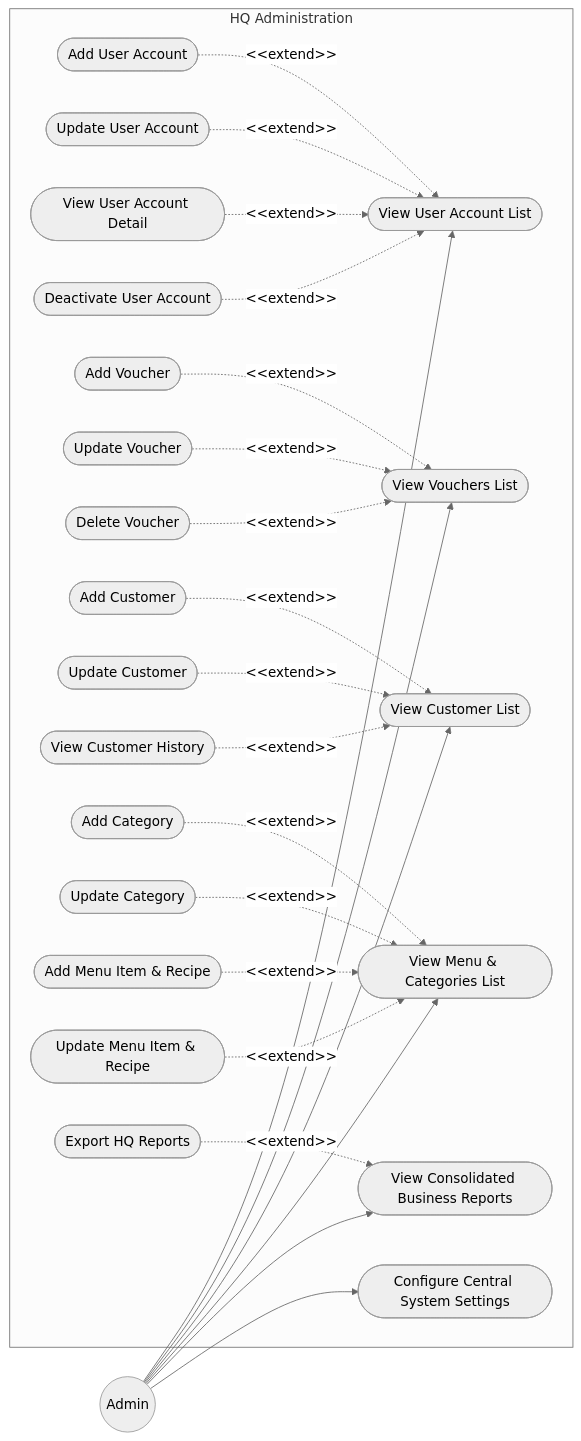
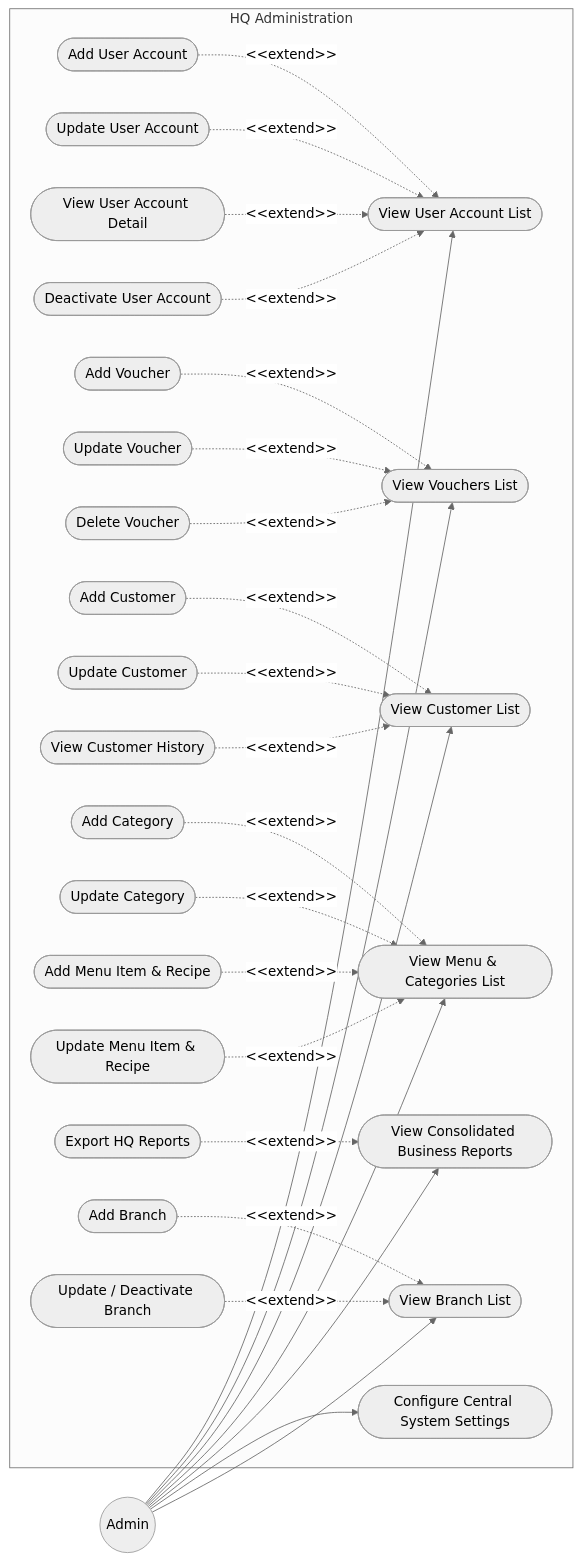
Before and after one commit to Shaichi/Khoga_coffe_shop: the third of 6 diagrams in sections/02_user_requirements.md, drawn with Mermaid (neutral theme). The commit also changed other lines of this file and 9 other files, not shown here.

````diff
--- a/sections/02_user_requirements.md
+++ b/sections/02_user_requirements.md
@@ -84,68 +84,77 @@
 ```mermaid
 graph LR
     %% Actors
     Actor_Admin((Admin))
 
     %% Use Cases
     subgraph HQ Administration
         UC_ListUsers([View User Account List])
         UC_AddUser([Add User Account])
         UC_UpdateUser([Update User Account])
         UC_ViewUser([View User Account Detail])
         UC_DeactivateUser([Deactivate User Account])
 
         UC_ListVouchers([View Vouchers List])
         UC_AddVoucher([Add Voucher])
         UC_UpdateVoucher([Update Voucher])
         UC_DeleteVoucher([Delete Voucher])
 
         UC_ListCustomers([View Customer List])
         UC_AddCustomer([Add Customer])
         UC_UpdateCustomer([Update Customer])
         UC_ViewCustHistory([View Customer History])
 
         UC_ListMenu([View Menu & Categories List])
         UC_AddCat([Add Category])
         UC_UpdateCat([Update Category])
         UC_AddMenu([Add Menu Item & Recipe])
         UC_UpdateMenu([Update Menu Item & Recipe])
 
         UC_ViewReports([View Consolidated Business Reports])
         UC_ExportReports([Export HQ Reports])
         
         UC_ConfigCentral([Configure Central System Settings])
+
+        UC_ListBranches([View Branch List])
+        UC_AddBranch([Add Branch])
+        UC_UpdateBranch([Update / Deactivate Branch])
     end
 
     %% Admin Links
     Actor_Admin --> UC_ListUsers
     Actor_Admin --> UC_ListVouchers
     Actor_Admin --> UC_ListCustomers
     Actor_Admin --> UC_ListMenu
     Actor_Admin --> UC_ViewReports
     Actor_Admin --> UC_ConfigCentral
+    Actor_Admin --> UC_ListBranches
 
     %% User extends
     UC_AddUser -.-> |"&lt;&lt;extend&gt;&gt;"| UC_ListUsers
     UC_UpdateUser -.-> |"&lt;&lt;extend&gt;&gt;"| UC_ListUsers
     UC_ViewUser -.-> |"&lt;&lt;extend&gt;&gt;"| UC_ListUsers
     UC_DeactivateUser -.-> |"&lt;&lt;extend&gt;&gt;"| UC_ListUsers
 
     %% Voucher extends
     UC_AddVoucher -.-> |"&lt;&lt;extend&gt;&gt;"| UC_ListVouchers
     UC_UpdateVoucher -.-> |"&lt;&lt;extend&gt;&gt;"| UC_ListVouchers
     UC_DeleteVoucher -.-> |"&lt;&lt;extend&gt;&gt;"| UC_ListVouchers
 
     %% Customer extends
     UC_AddCustomer -.-> |"&lt;&lt;extend&gt;&gt;"| UC_ListCustomers
     UC_UpdateCustomer -.-> |"&lt;&lt;extend&gt;&gt;"| UC_ListCustomers
     UC_ViewCustHistory -.-> |"&lt;&lt;extend&gt;&gt;"| UC_ListCustomers
 
     %% Menu/Category extends
     UC_AddCat -.-> |"&lt;&lt;extend&gt;&gt;"| UC_ListMenu
     UC_UpdateCat -.-> |"&lt;&lt;extend&gt;&gt;"| UC_ListMenu
     UC_AddMenu -.-> |"&lt;&lt;extend&gt;&gt;"| UC_ListMenu
     UC_UpdateMenu -.-> |"&lt;&lt;extend&gt;&gt;"| UC_ListMenu
 
     %% Reports extends
     UC_ExportReports -.-> |"&lt;&lt;extend&gt;&gt;"| UC_ViewReports
+
+    %% Branch extends
+    UC_AddBranch -.-> |"&lt;&lt;extend&gt;&gt;"| UC_ListBranches
+    UC_UpdateBranch -.-> |"&lt;&lt;extend&gt;&gt;"| UC_ListBranches
 ```
````
